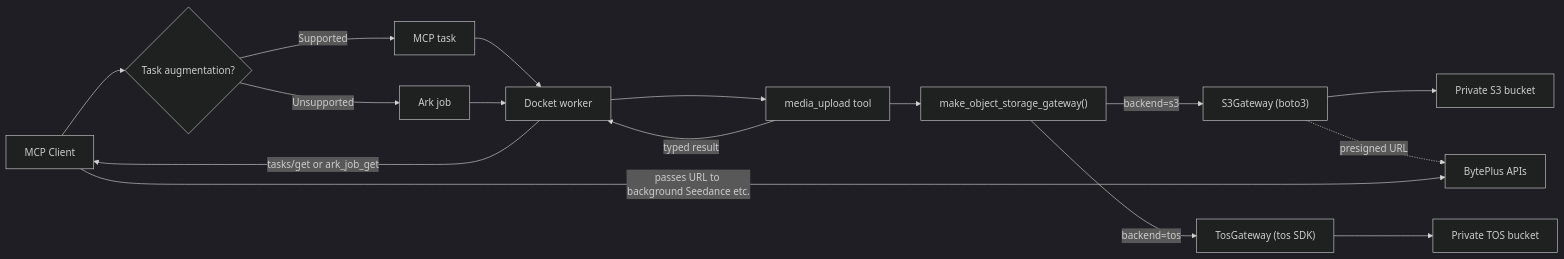
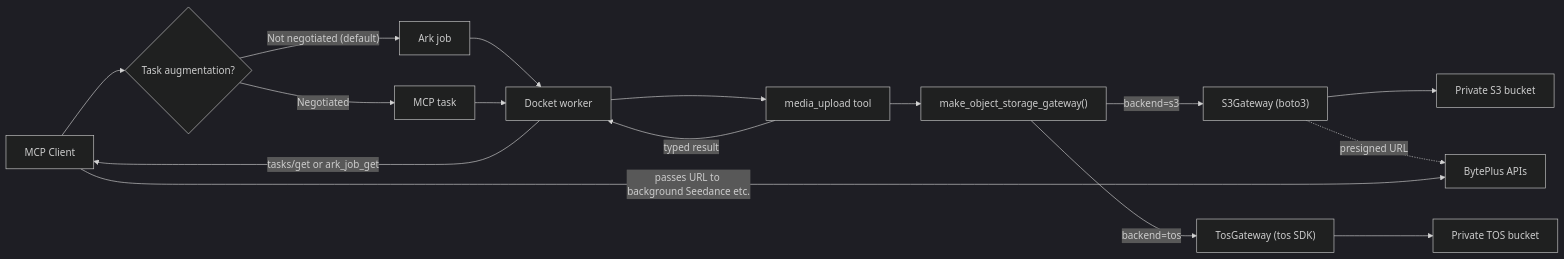
One commit to byteplus-sa/ark-mcp changed the first of 3 diagrams in docs/s3-object-storage.md. Above: the diagram before and after it, drawn with Mermaid (dark theme). The commit also changed other lines of this file and 8 other files, not shown here.

````diff
--- a/docs/s3-object-storage.md
+++ b/docs/s3-object-storage.md
@@ -26,18 +26,18 @@
 ```mermaid
 flowchart LR
     Client["MCP Client"] --> Route{"Task augmentation?"}
-    Route -->|"Supported"| Task["MCP task"]
-    Route -->|"Unsupported"| Job["Ark job"]
-    Task --> Worker["Docket worker"]
-    Job --> Worker
+    Route -->|"Not negotiated (default)"| Job["Ark job"]
+    Route -->|"Negotiated"| Task["MCP task"]
+    Job --> Worker["Docket worker"]
+    Task --> Worker
     Worker --> Tool["media_upload tool"]
     Tool --> Factory["make_object_storage_gateway()"]
     Factory -->|"backend=s3"| S3GW["S3Gateway (boto3)"]
     Factory -->|"backend=tos"| TOSGW["TosGateway (tos SDK)"]
     S3GW --> S3["Private S3 bucket"]
     TOSGW --> TOS["Private TOS bucket"]
     S3GW -.->|"presigned URL"| BytePlus["BytePlus APIs"]
     Tool -->|"typed result"| Worker
     Worker -->|"tasks/get or ark_job_get"| Client
     Client -->|"passes URL to background Seedance etc."| BytePlus
 ```
````
